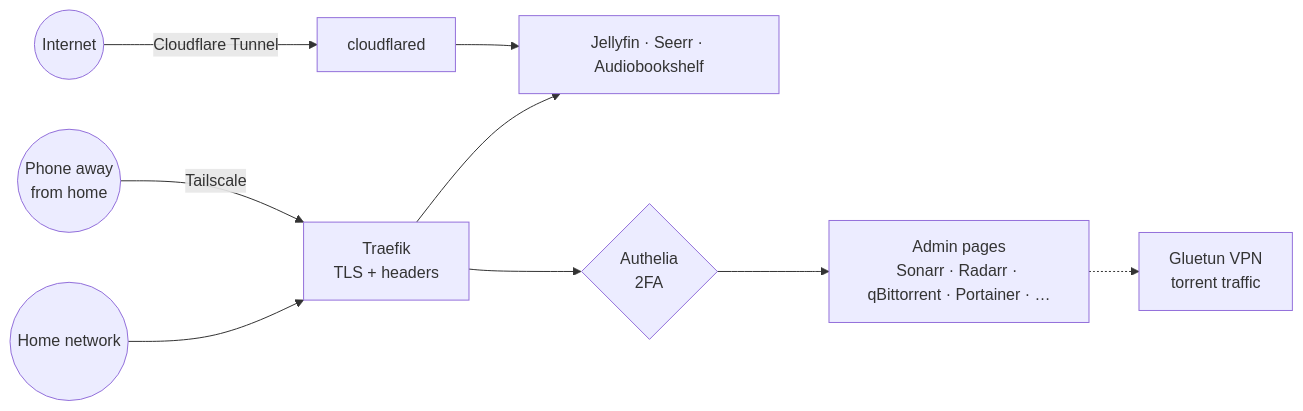
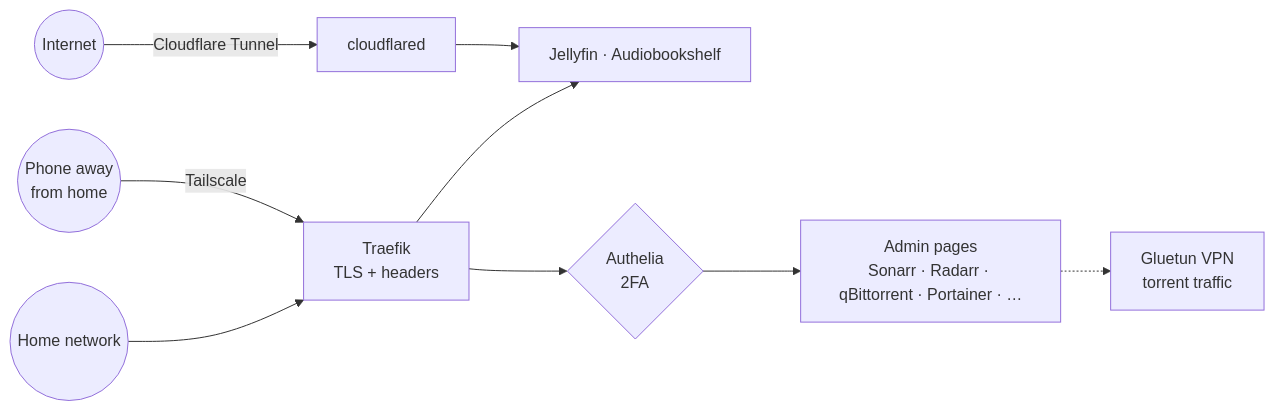
Before and after one commit to Reid-Norman/HomeLab: the diagram in docs/index.md, drawn with Mermaid. The commit also changed 14 other files, not shown here.

````diff
--- a/docs/index.md
+++ b/docs/index.md
@@ -36,11 +36,11 @@
 ```mermaid
 flowchart LR
     internet((Internet)) -->|Cloudflare Tunnel| cfd[cloudflared]
     phone((Phone away<br/>from home)) -->|Tailscale| traefik
     lan((Home network)) --> traefik[Traefik<br/>TLS + headers]
-    cfd --> public[Jellyfin · Seerr · Audiobookshelf]
+    cfd --> public[Jellyfin · Audiobookshelf]
     traefik --> public
     traefik --> authelia{Authelia<br/>2FA}
     authelia --> admin[Admin pages<br/>Sonarr · Radarr · qBittorrent · Portainer · …]
     admin -.-> vpn[Gluetun VPN<br/>torrent traffic]
 ```
````
